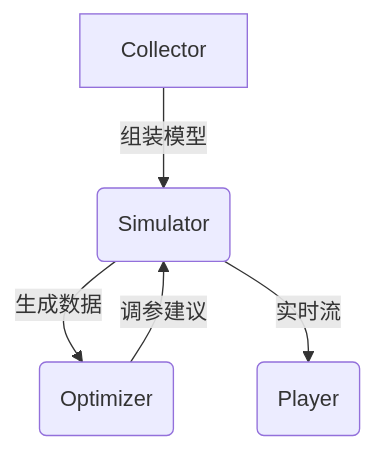
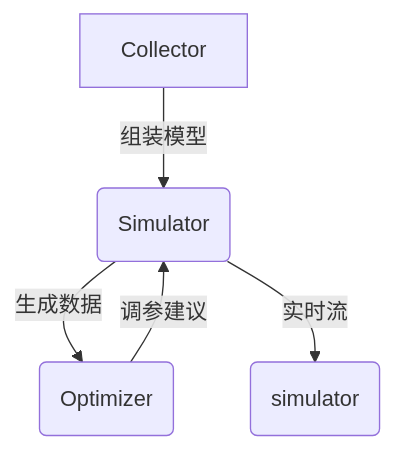
The first of 2 diagrams in docs/architecture.md (shenfan19/life-matters-models), drawn with Mermaid before and after one commit. The commit also changed other lines of this file and 2 other files, not shown here.

Commit message:
player -> simulator

````diff
--- a/docs/architecture.md
+++ b/docs/architecture.md
@@ -57,7 +57,7 @@
 ```mermaid
 graph TD
     A[Collector] -->|组装模型| B(Simulator)
     B -->|生成数据| C(Optimizer)
     C -->|调参建议| B
-    B -->|实时流| D(Player)
+    B -->|实时流| D(simulator)
 ```
````
